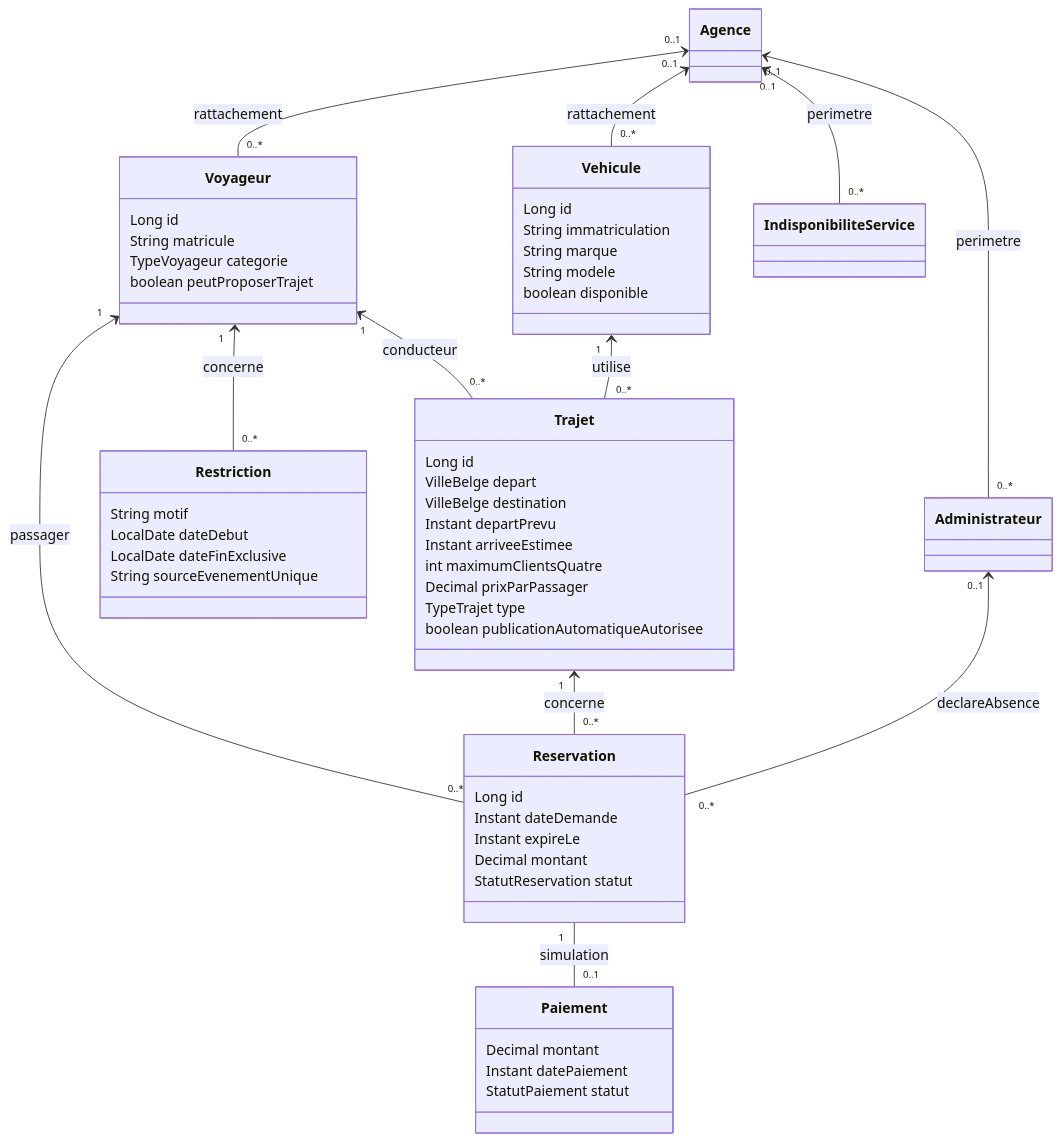
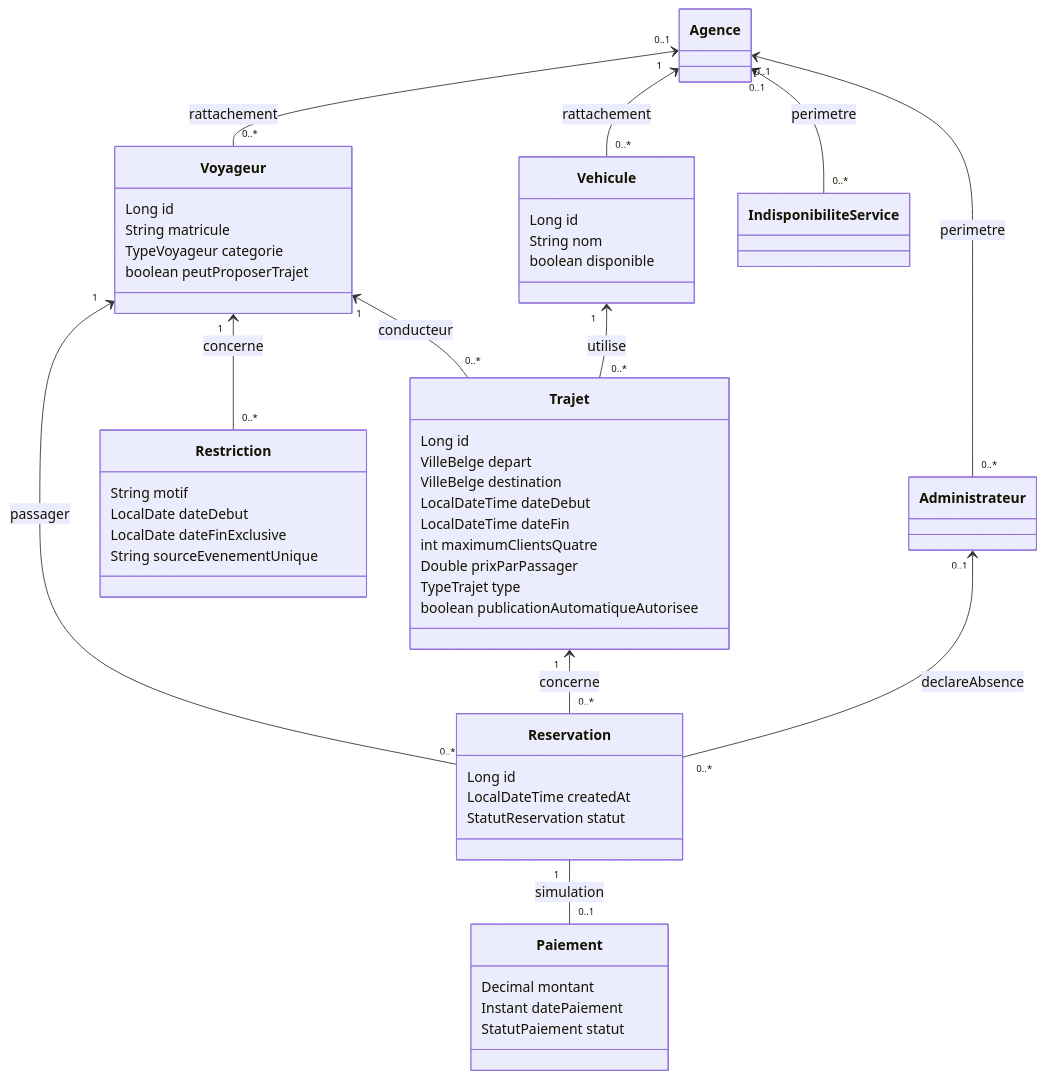
Before and after one commit to Zoom225/GestionTransport-Multiple: the first of 2 diagrams in docs/covoiturage/modele-donnees.md, drawn with Mermaid. The commit also changed other lines of this file and 2 other files, not shown here.

Commit message:
docs(issue-3): documenter schema cible preuves et incident DevTools

````diff
--- a/docs/covoiturage/modele-donnees.md
+++ b/docs/covoiturage/modele-donnees.md
@@ -9,56 +10,52 @@
 ```mermaid
 classDiagram
     class Voyageur {
         Long id
         String matricule
         TypeVoyageur categorie
         boolean peutProposerTrajet
     }
     class Vehicule {
         Long id
-        String immatriculation
-        String marque
-        String modele
+        String nom
         boolean disponible
     }
     class Trajet {
         Long id
         VilleBelge depart
         VilleBelge destination
-        Instant departPrevu
-        Instant arriveeEstimee
+        LocalDateTime dateDebut
+        LocalDateTime dateFin
         int maximumClientsQuatre
-        Decimal prixParPassager
+        Double prixParPassager
         TypeTrajet type
         boolean publicationAutomatiqueAutorisee
     }
     class Reservation {
         Long id
-        Instant dateDemande
-        Instant expireLe
-        Decimal montant
+        LocalDateTime createdAt
         StatutReservation statut
     }
     class Paiement {
         Decimal montant
         Instant datePaiement
         StatutPaiement statut
     }
     class Restriction {
         String motif
         LocalDate dateDebut
         LocalDate dateFinExclusive
         String sourceEvenementUnique
     }
     Agence "0..1" <-- "0..*" Voyageur : rattachement
-    Agence "0..1" <-- "0..*" Vehicule : rattachement
+    Agence "1" <-- "0..*" Vehicule : rattachement
     Agence "0..1" <-- "0..*" Administrateur : perimetre
     Voyageur "1" <-- "0..*" Trajet : conducteur
     Vehicule "1" <-- "0..*" Trajet : utilise
     Voyageur "1" <-- "0..*" Reservation : passager
     Trajet "1" <-- "0..*" Reservation : concerne
     Reservation "1" -- "0..1" Paiement : simulation
     Voyageur "1" <-- "0..*" Restriction : concerne
     Administrateur "0..1" <-- "0..*" Reservation : declareAbsence
     Agence "0..1" <-- "0..*" IndisponibiliteService : perimetre
 ```
````
